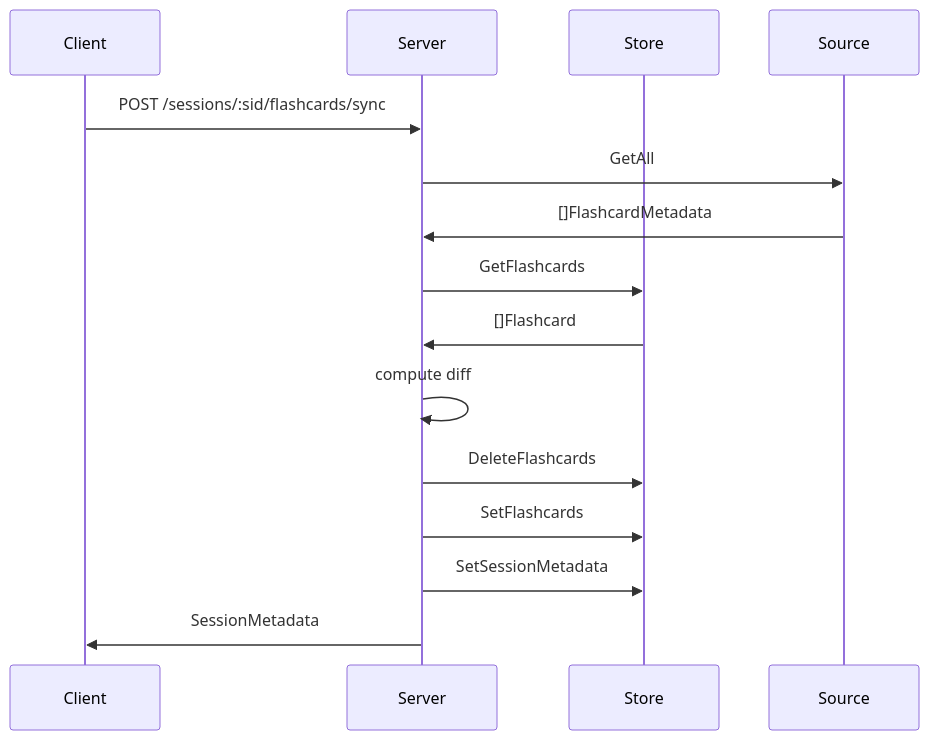
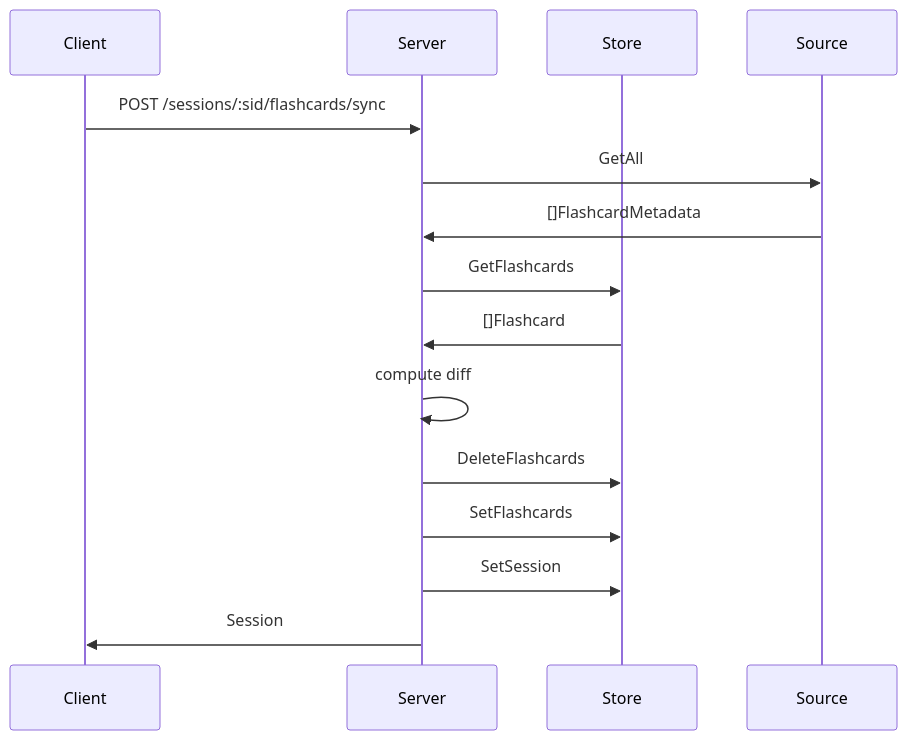
Before and after one commit to lafeingcrokodil/flashcards: the fifth of 7 diagrams in README.md, drawn with Mermaid. The commit also changed other lines of this file and 7 other files, not shown here.

Commit message:
Rename SessionMetadata to Session

````diff
--- a/README.md
+++ b/README.md
@@ -134,18 +134,18 @@
 ```mermaid
 sequenceDiagram
     participant Client
     participant Server
     participant Store
     participant Source
 
     Client->>Server: POST /sessions/:sid/flashcards/sync
     Server->>Source: GetAll
     Source->>Server: []FlashcardMetadata
     Server->>Store: GetFlashcards
     Store->>Server: []Flashcard
     Server->>Server: compute diff
     Server->>Store: DeleteFlashcards
     Server->>Store: SetFlashcards
-    Server->>Store: SetSessionMetadata
-    Server->>Client: SessionMetadata
+    Server->>Store: SetSession
+    Server->>Client: Session
 ```
````
